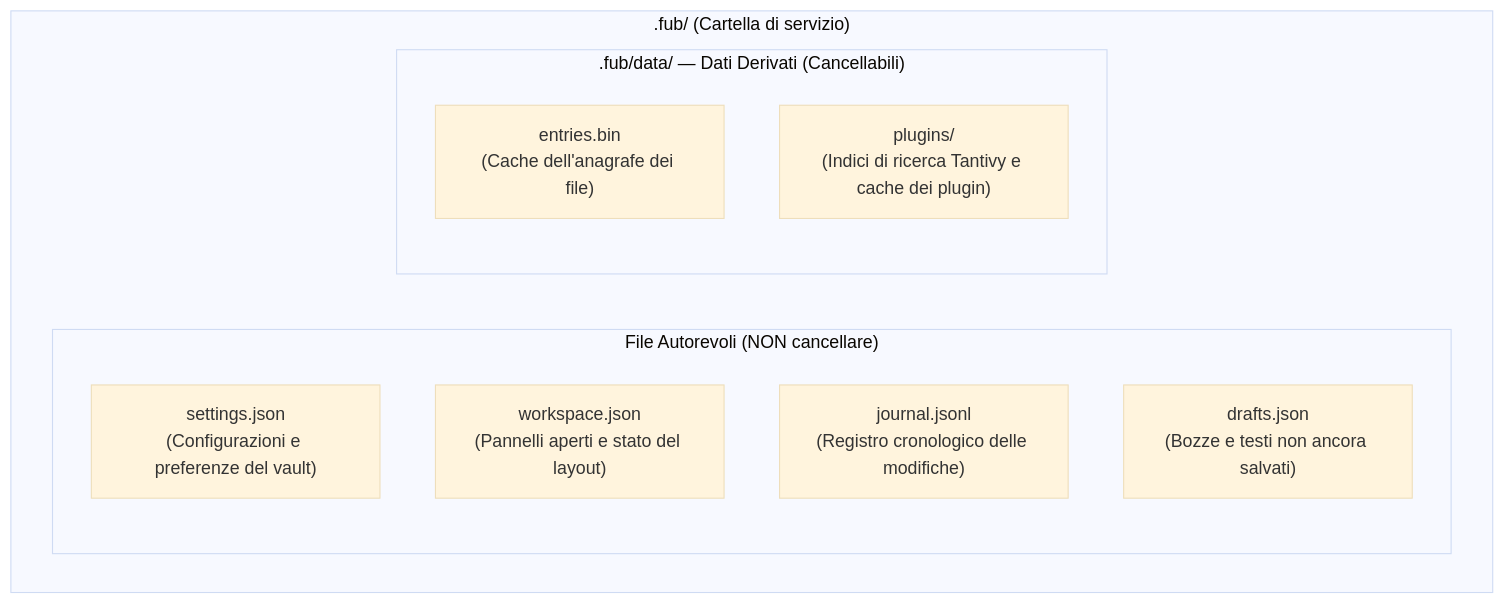
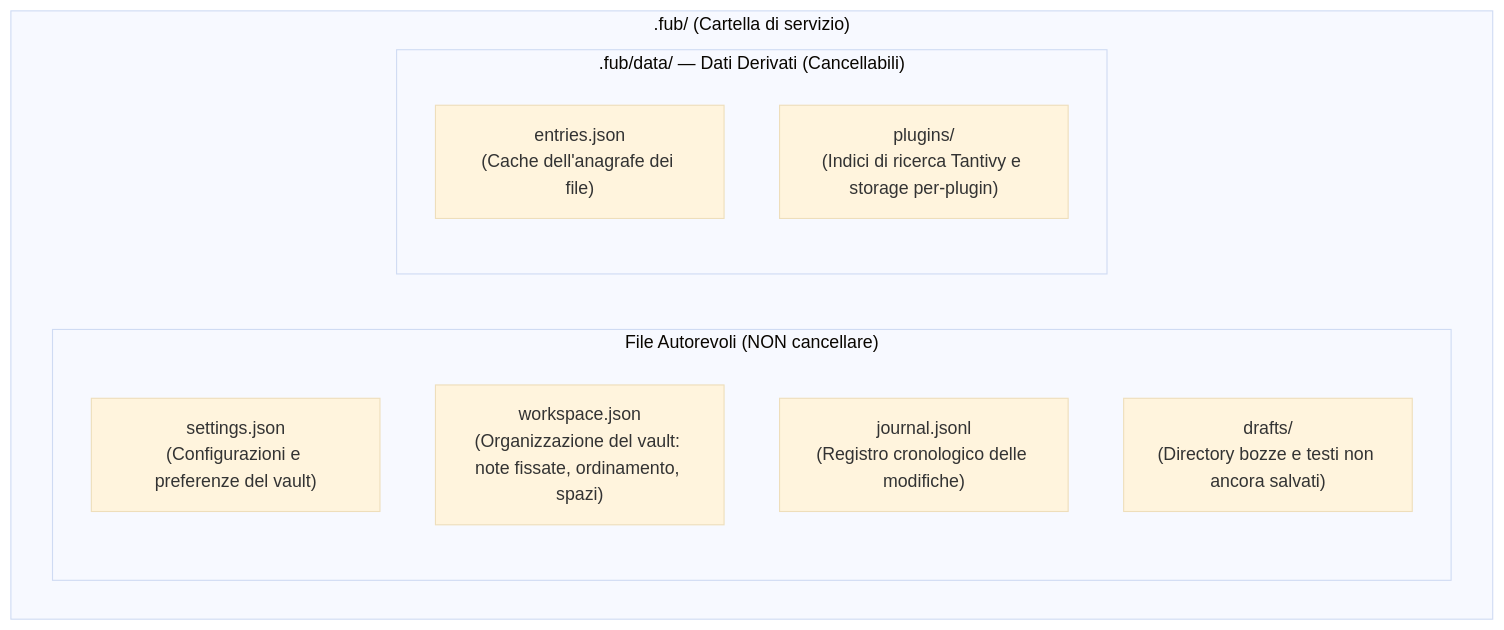
The diagram in docs/05-disco/02-cartella-fub.md (Fubeo/Fub), drawn with Mermaid (base theme) before and after one commit. The commit also changed other lines of this file and 37 other files, not shown here.

````diff
--- a/docs/05-disco/02-cartella-fub.md
+++ b/docs/05-disco/02-cartella-fub.md
@@ -7,16 +7,16 @@
 ```mermaid
 flowchart TD
     subgraph FubDir [".fub/ (Cartella di servizio)"]
         subgraph Autorevoli ["File Autorevoli (NON cancellare)"]
             A1["settings.json<br>(Configurazioni e preferenze del vault)"]
-            A2["workspace.json<br>(Pannelli aperti e stato del layout)"]
+            A2["workspace.json<br>(Organizzazione del vault: note fissate, ordinamento, spazi)"]
             A3["journal.jsonl<br>(Registro cronologico delle modifiche)"]
-            A4["drafts.json<br>(Bozze e testi non ancora salvati)"]
+            A4["drafts/<br>(Directory bozze e testi non ancora salvati)"]
         end
 
         subgraph Derivati [".fub/data/ — Dati Derivati (Cancellabili)"]
-            D1["entries.bin<br>(Cache dell'anagrafe dei file)"]
-            D2["plugins/<br>(Indici di ricerca Tantivy e cache dei plugin)"]
+            D1["entries.json<br>(Cache dell'anagrafe dei file)"]
+            D2["plugins/<br>(Indici di ricerca Tantivy e storage per-plugin)"]
         end
     end
 ```
````
